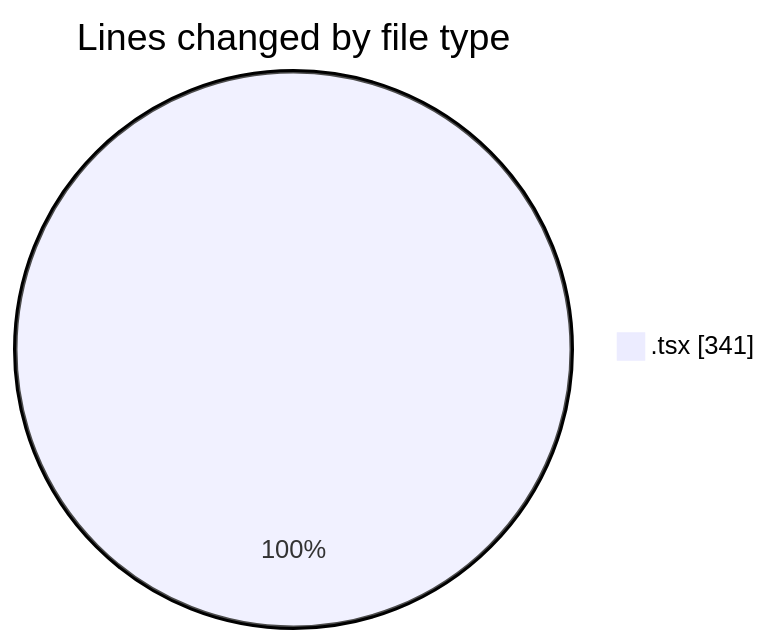
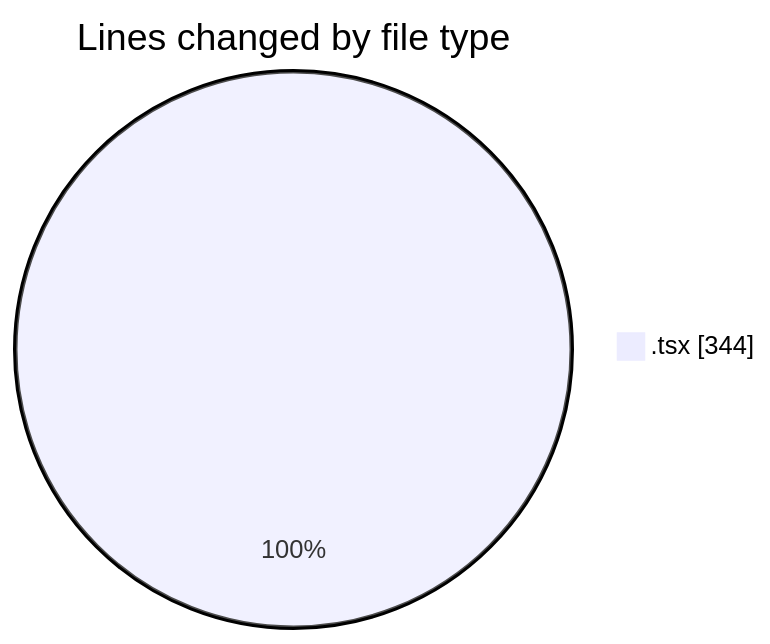
One commit to robertbonfada/code-tracking changed the first of 2 diagrams in 2025-02-19/mbc-web/README.md. Above: the diagram before and after it, drawn with Mermaid. The commit also changed other lines of this file and 1 other file, not shown here.

````diff
--- a/2025-02-19/mbc-web/README.md
+++ b/2025-02-19/mbc-web/README.md
@@ -22,5 +23,5 @@
 ```mermaid
 pie showData
 title Lines changed by file type
-".tsx" : 341
+".tsx" : 344
 ```
````
